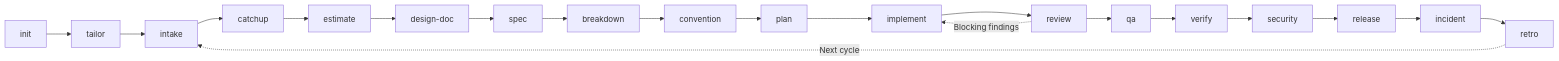
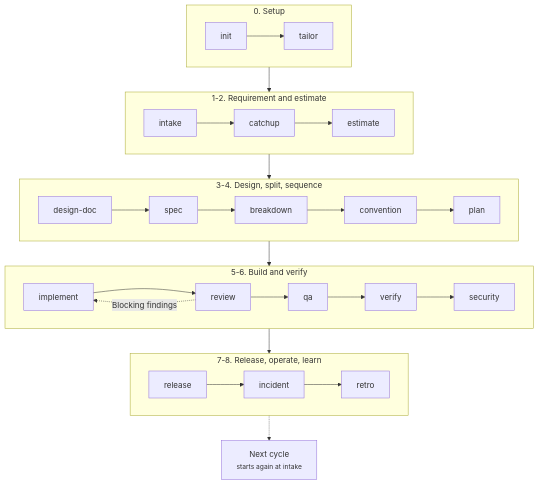
Before and after one commit to lamngockhuong/aiteamkit: the diagram in README.md, drawn with Mermaid. The commit also changed 14 other files, not shown here.

````diff
--- a/README.md
+++ b/README.md
@@ -16,9 +16,26 @@
 ```mermaid
-flowchart LR
-    I["init"] --> T["tailor"] --> IN["intake"] --> C["catchup"] --> E["estimate"]
-    E --> D["design-doc"] --> SP["spec"] --> B["breakdown"] --> CV["convention"] --> P["plan"]
-    P --> IM["implement"] --> R["review"] --> Q["qa"] --> V["verify"] --> S["security"] --> RL["release"]
-    R -.->|Blocking findings| IM
-    RL --> IC["incident"] --> RT["retro"]
-    RT -.->|Next cycle| IN
+flowchart TD
+    subgraph L0["0. Setup"]
+        direction LR
+        I["init"] --> T["tailor"]
+    end
+    subgraph L1["1-2. Requirement and estimate"]
+        direction LR
+        IN["intake"] --> C["catchup"] --> E["estimate"]
+    end
+    subgraph L2["3-4. Design, split, sequence"]
+        direction LR
+        D["design-doc"] --> SP["spec"] --> B["breakdown"] --> CV["convention"] --> P["plan"]
+    end
+    subgraph L3["5-6. Build and verify"]
+        direction LR
+        IM["implement"] --> R["review"] --> Q["qa"] --> V["verify"] --> S["security"]
+        R -.->|Blocking findings| IM
+    end
+    subgraph L4["7-8. Release, operate, learn"]
+        direction LR
+        RL["release"] --> IC["incident"] --> RT["retro"]
+    end
+    L0 --> L1 --> L2 --> L3 --> L4
+    L4 -.-> NC["Next cycle<br/><small>starts again at intake</small>"]
 ```
````
